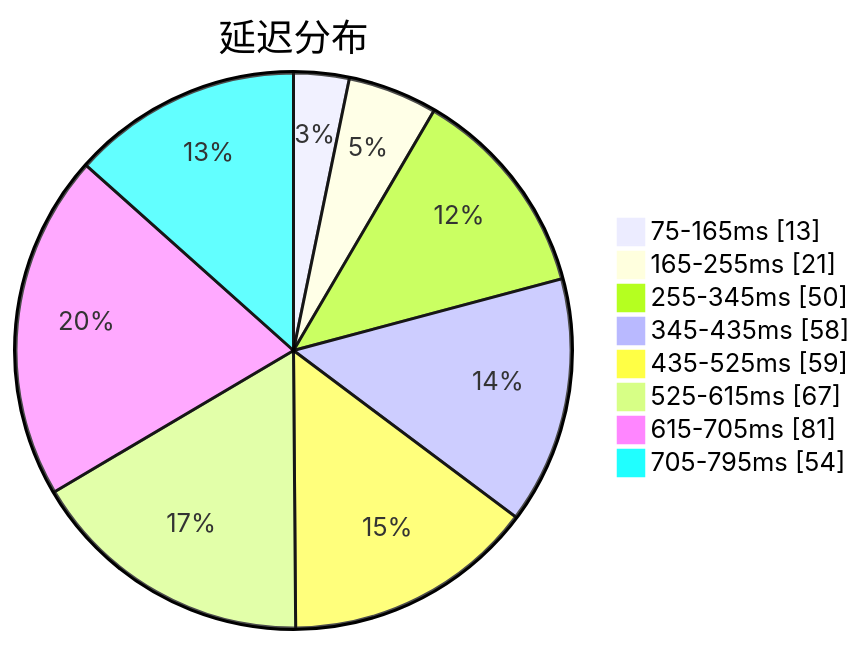
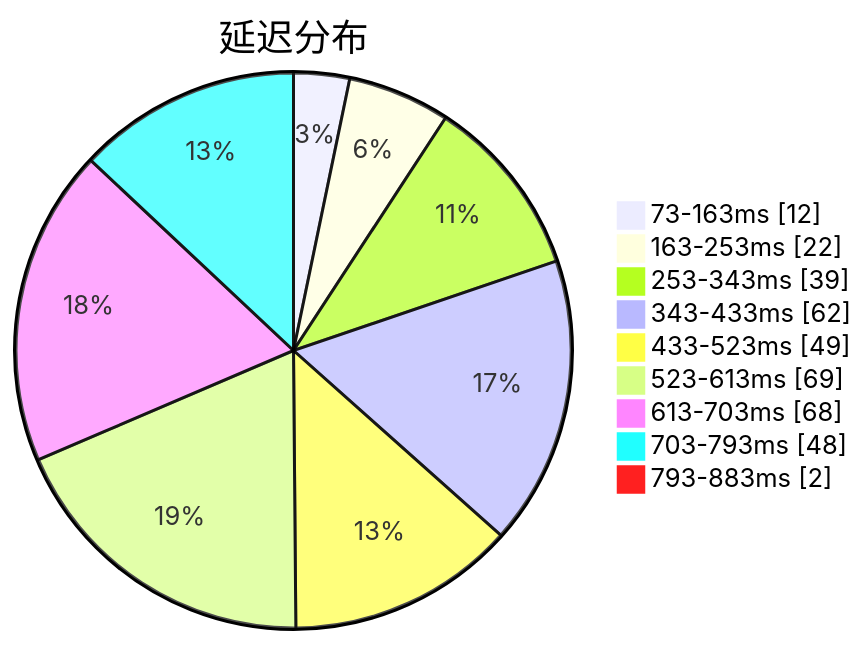
The first of 3 diagrams in subs/statistics/tested_within.md (sinspired/airport), drawn with Mermaid before and after one commit. The commit also changed other lines of this file and 2 other files, not shown here.

````diff
--- a/subs/statistics/tested_within.md
+++ b/subs/statistics/tested_within.md
@@ -2,12 +2,13 @@
 ```mermaid
 pie showData
 title 延迟分布
-"75-165ms" : 13
-"165-255ms" : 21
-"255-345ms" : 50
-"345-435ms" : 58
-"435-525ms" : 59
-"525-615ms" : 67
-"615-705ms" : 81
-"705-795ms" : 54
+"73-163ms" : 12
+"163-253ms" : 22
+"253-343ms" : 39
+"343-433ms" : 62
+"433-523ms" : 49
+"523-613ms" : 69
+"613-703ms" : 68
+"703-793ms" : 48
+"793-883ms" : 2
 ```
````
